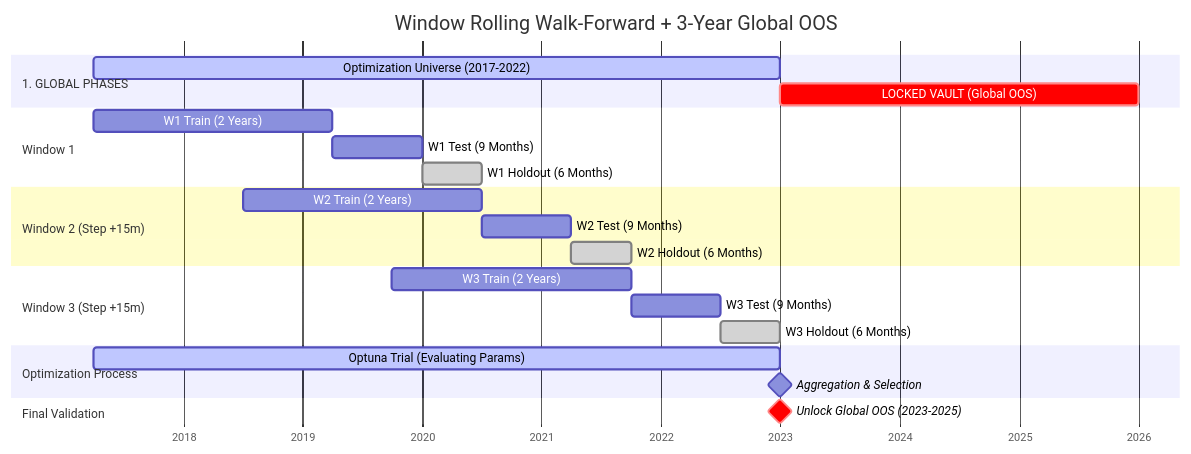
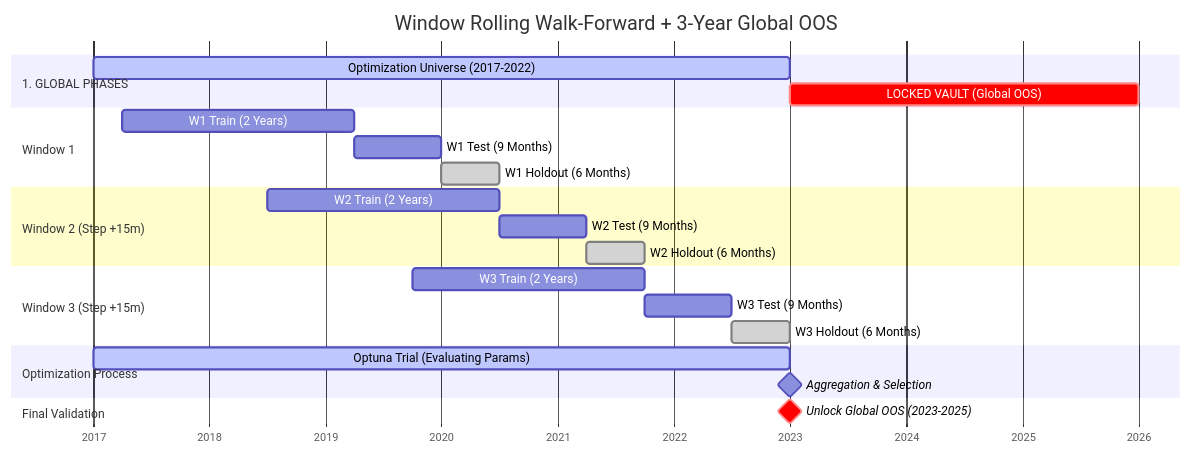
Before and after one commit to xxxxyyyy80008/xxxxyyyy80008.github.io: the diagram in docs/alpha-research/framework/walkforward-analysis.md, drawn with Mermaid. The commit also changed 1 other file, not shown here.

````diff
--- a/docs/alpha-research/framework/walkforward-analysis.md
+++ b/docs/alpha-research/framework/walkforward-analysis.md
@@ -27,37 +27,37 @@
 ```mermaid
 gantt
     title Window Rolling Walk-Forward + 3-Year Global OOS
     dateFormat  YYYY-MM
     axisFormat  %Y
     
     %% --- SECTIONS ---
     section 1. GLOBAL PHASES
-    Optimization Universe (2017-2022)      :active, opt_period, 2017-04, 2023-01
+    Optimization Universe (2017-2022)      :active, opt_period, 2017-01, 2023-01
     LOCKED VAULT (Global OOS)              :crit,   oos_period, 2023-01, 2026-01
 
     %% --- WINDOW 1 ---
     section Window 1
     W1 Train (2 Years)                     :a1, 2017-04, 2019-04
     W1 Test (9 Months)                     :b1, 2019-04, 2020-01
     W1 Holdout (6 Months)                  :done, c1, 2020-01, 2020-07
 
     %% --- WINDOW 2 ---
     section Window 2 (Step +15m)
     W2 Train (2 Years)                     :a2, 2018-07, 2020-07
     W2 Test (9 Months)                     :b2, 2020-07, 2021-04
     W2 Holdout (6 Months)                  :done, c2, 2021-04, 2021-10
 
     %% --- WINDOW 3 ---
     section Window 3 (Step +15m)
     W3 Train (2 Years)                     :a3, 2019-10, 2021-10
     W3 Test (9 Months)                     :b3, 2021-10, 2022-07
     W3 Holdout (6 Months)                  :done, c3, 2022-07, 2023-01
 
     %% --- EXECUTION ---
     section Optimization Process
-    Optuna Trial (Evaluating Params)       :active, 2017-04, 2023-01
+    Optuna Trial (Evaluating Params)       :active, 2017-01, 2023-01
     Aggregation & Selection                :milestone, 2023-01, 0d
     
     section Final Validation
     Unlock Global OOS (2023-2025)          :crit, milestone, 2023-01, 0d
 ```
````
